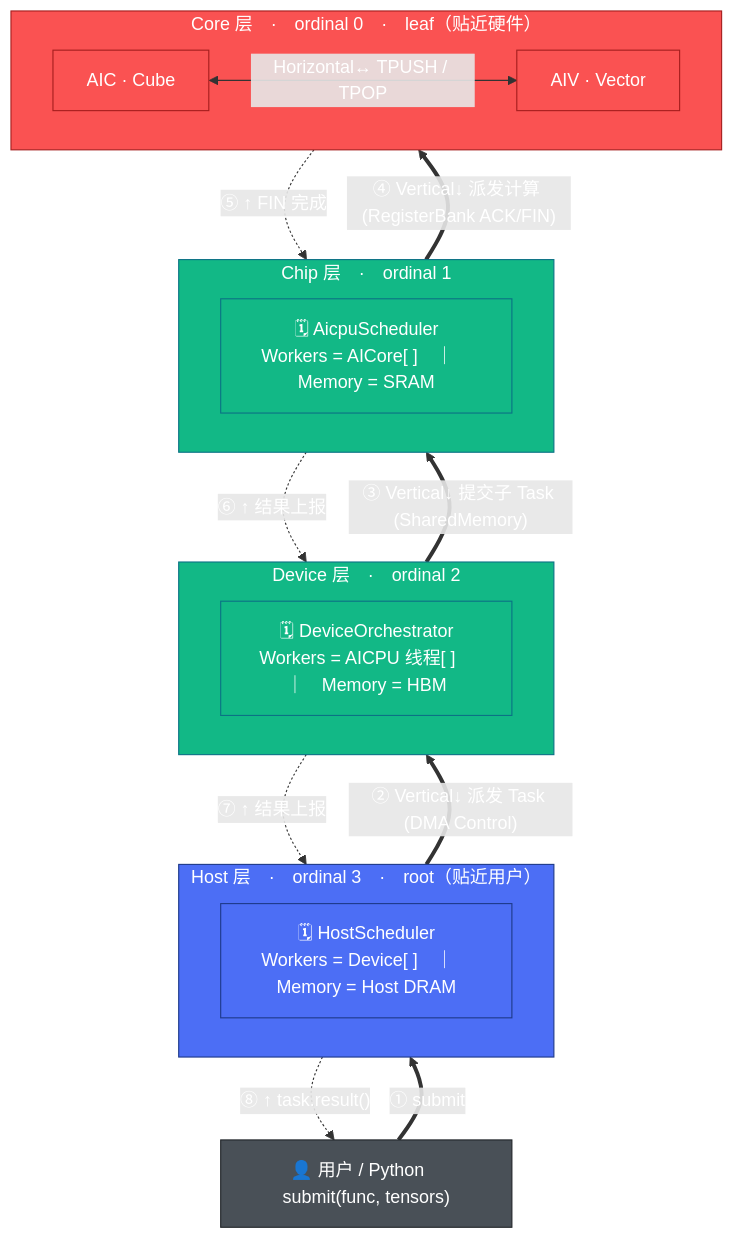
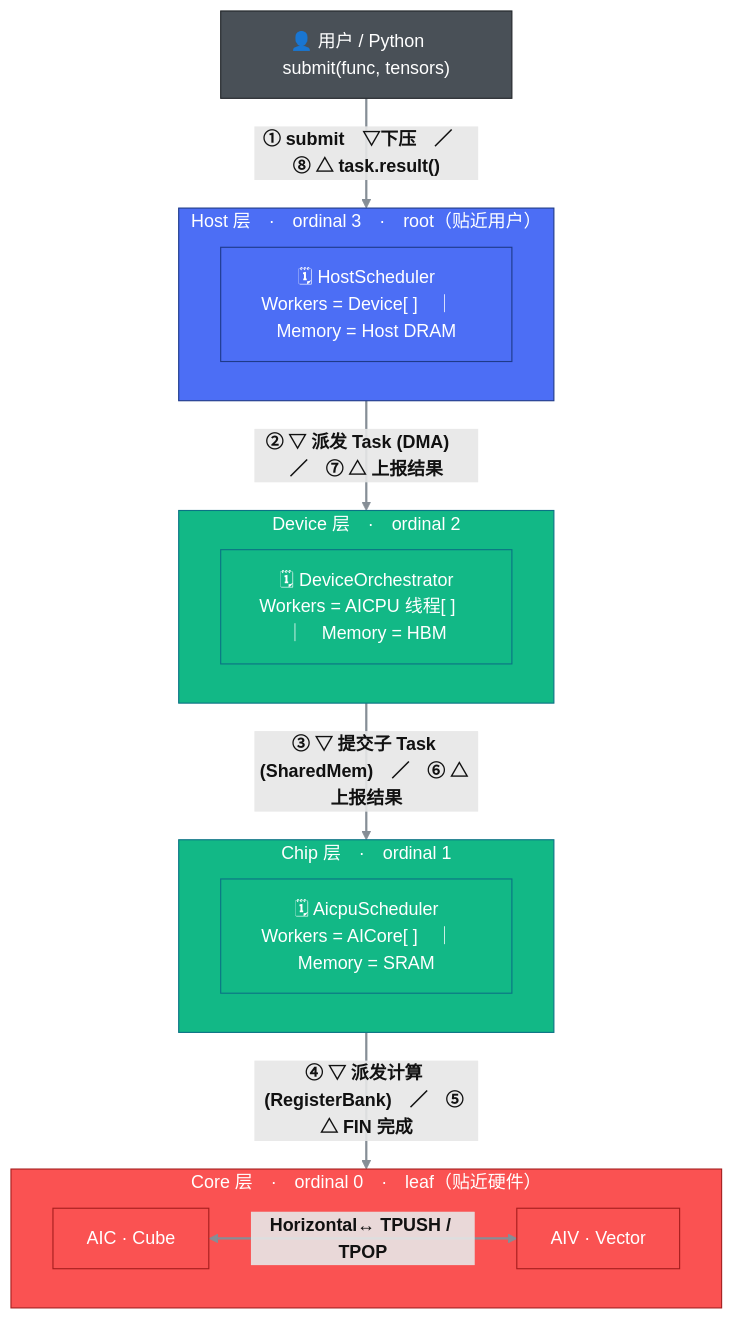
One commit to csy0225/pypto-project changed the second of 5 diagrams in notes/02-logical-view.md. Above: the diagram before and after it, drawn with Mermaid. The commit also changed other lines of this file, not shown here.

Commit message:
docs(notes): 层次图 Core(0) 沉底 + 垂直边标改高对比色
- 去掉向上的反向边（它给 dagre 制造相反 rank 约束，导致 Core 不稳定沉底）；
  改为每对相邻层单条向下边，TB 布局下 Core(ordinal 0) 必在最底。
- 用 ▽下压 / △上报 合并双向语义到同一条主干边，编号 ①→⑧ 保留流动顺序。
- linkStyle 把边标文字设为 #111 加粗高对比，修"垂直交互文字看不清"。
- 多机 Pod 图同样处理。

````diff
--- a/notes/02-logical-view.md
+++ b/notes/02-logical-view.md
@@ -127,39 +127,36 @@
 ```mermaid
 flowchart TB
     User["👤 用户 / Python　submit(func, tensors)"]
 
     subgraph L3["Host 层　·　ordinal 3　·　root（贴近用户）"]
         H["🗓 HostScheduler<br/>Workers = Device[ ]　｜　Memory = Host DRAM"]
     end
     subgraph L2["Device 层　·　ordinal 2"]
         D["🗓 DeviceOrchestrator<br/>Workers = AICPU 线程[ ]　｜　Memory = HBM"]
     end
     subgraph L1["Chip 层　·　ordinal 1"]
         C["🗓 AicpuScheduler<br/>Workers = AICore[ ]　｜　Memory = SRAM"]
     end
     subgraph L0["Core 层　·　ordinal 0　·　leaf（贴近硬件）"]
         direction LR
         AIC["AIC · Cube"]
         AIV["AIV · Vector"]
         AIC <-->|"Horizontal↔ TPUSH / TPOP"| AIV
     end
 
-    User ==>|"① submit"| L3
-    L3 ==>|"② Vertical↓ 派发 Task (DMA Control)"| L2
-    L2 ==>|"③ Vertical↓ 提交子 Task (SharedMemory)"| L1
-    L1 ==>|"④ Vertical↓ 派发计算 (RegisterBank ACK/FIN)"| L0
-    L0 -.->|"⑤ ↑ FIN 完成"| L1
-    L1 -.->|"⑥ ↑ 结果上报"| L2
-    L2 -.->|"⑦ ↑ 结果上报"| L3
-    L3 -.->|"⑧ ↑ task.result()"| User
+    User ==>|"① submit　▽下压　／　⑧ △ task.result()"| L3
+    L3 ==>|"② ▽ 派发 Task (DMA)　／　⑦ △ 上报结果"| L2
+    L2 ==>|"③ ▽ 提交子 Task (SharedMem)　／　⑥ △ 上报结果"| L1
+    L1 ==>|"④ ▽ 派发计算 (RegisterBank)　／　⑤ △ FIN 完成"| L0
 
     classDef userc fill:#495057,stroke:#212529,color:#fff;
     classDef root fill:#4C6EF5,stroke:#1E3A8A,color:#fff;
     classDef mid fill:#12B886,stroke:#0B7285,color:#fff;
     classDef leaf fill:#FA5252,stroke:#A61E1E,color:#fff;
     class User userc;
     class L3,H root;
     class L2,D mid;
     class L1,C mid;
     class L0,AIC,AIV leaf;
+    linkStyle default stroke:#868E96,stroke-width:2px,color:#111111,font-weight:bold;
 ```
````
